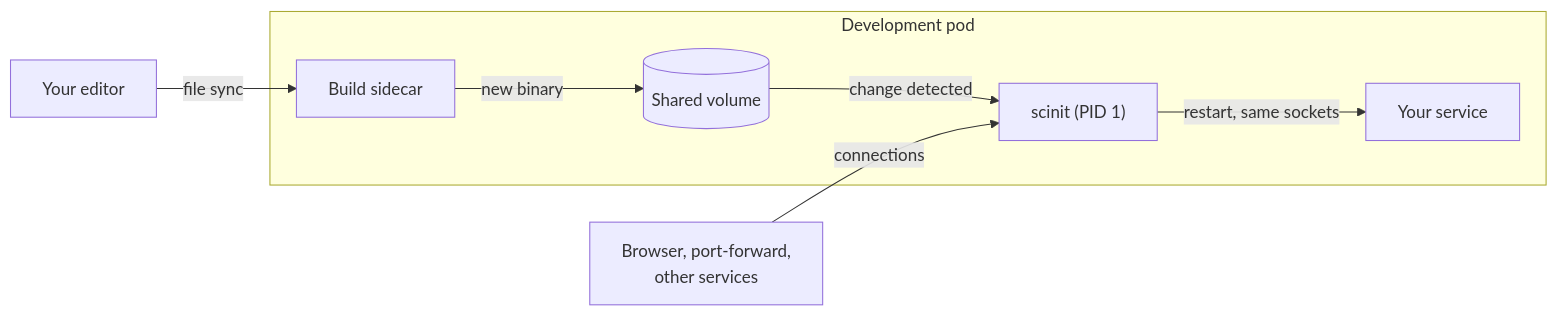
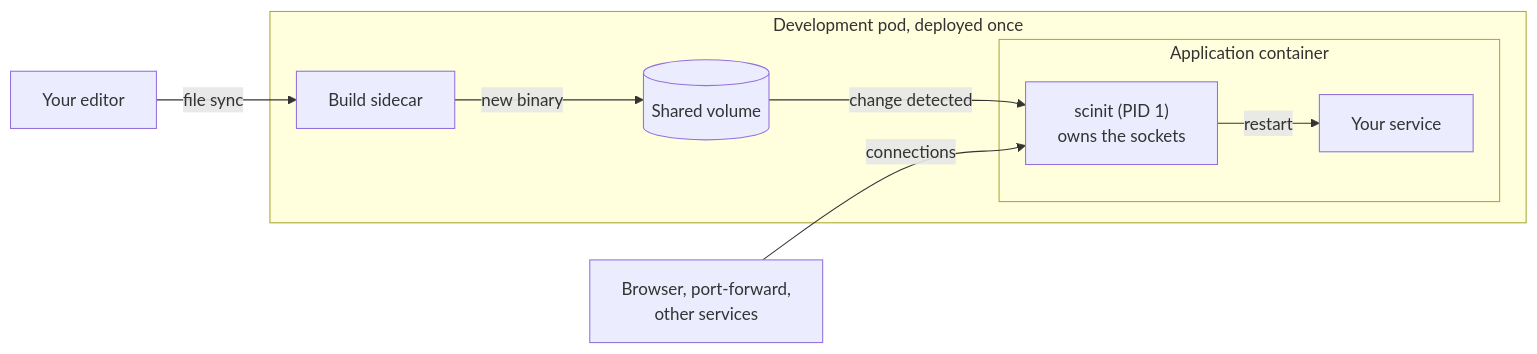
Before and after one commit to divoxx/scinit: the first of 2 diagrams in README.md, drawn with Mermaid. The commit also changed other lines of this file, not shown here.

Commit message:
Describe how scinit fits into a remote development environment

````diff
--- a/README.md
+++ b/README.md
@@ -11,10 +15,12 @@
 ```mermaid
 flowchart LR
     Dev["Your editor"] -- "file sync" --> Builder
-    subgraph Pod["Development pod"]
+    subgraph Pod["Development pod, deployed once"]
         Builder["Build sidecar"] -- "new binary" --> Vol[("Shared volume")]
-        Vol -- "change detected" --> scinit["scinit (PID 1)"]
-        scinit -- "restart, same sockets" --> App["Your service"]
+        subgraph App["Application container"]
+            scinit["scinit (PID 1)<br/>owns the sockets"] -- "restart" --> Service["Your service"]
+        end
+        Vol -- "change detected" --> scinit
     end
     Clients["Browser, port-forward,<br/>other services"] -- "connections" --> scinit
 ```
````
